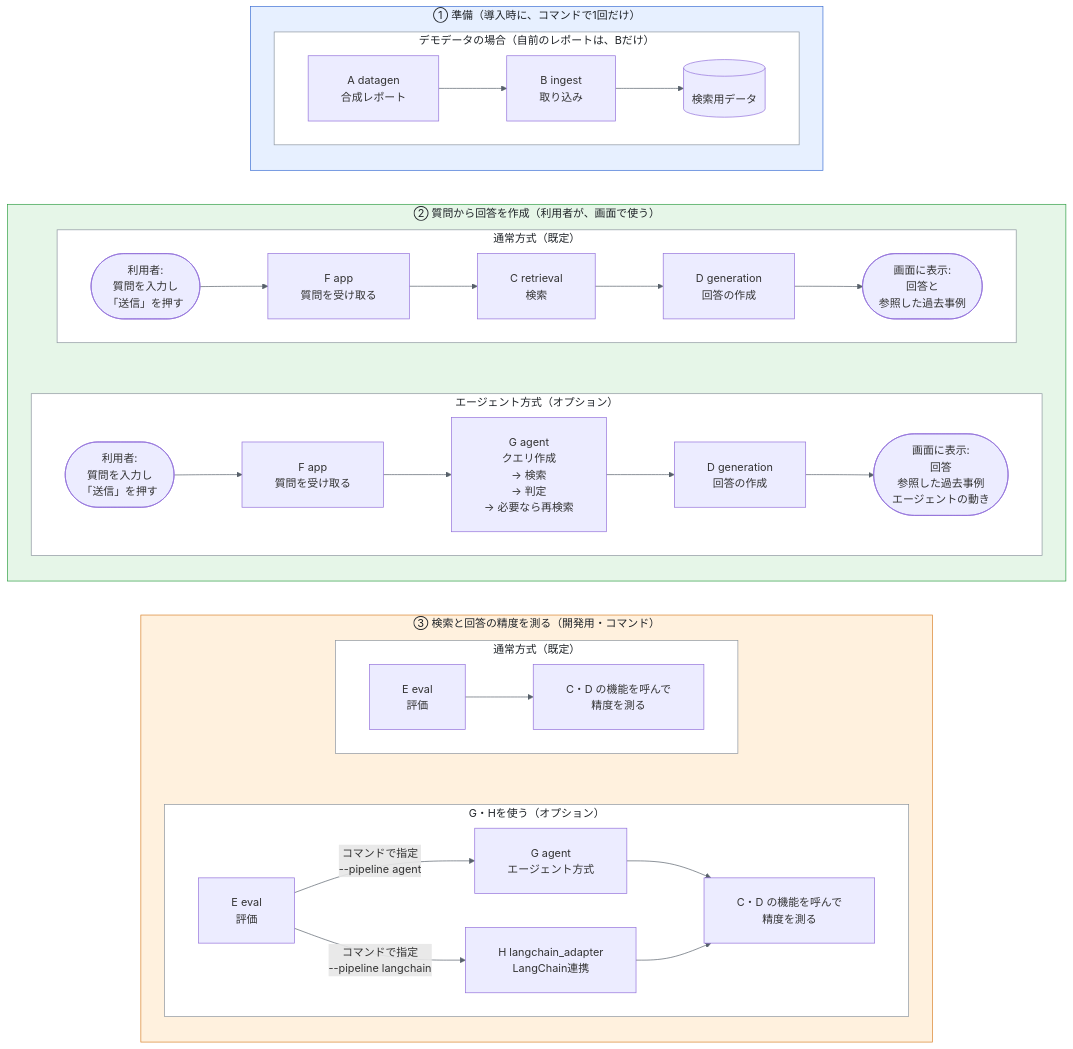
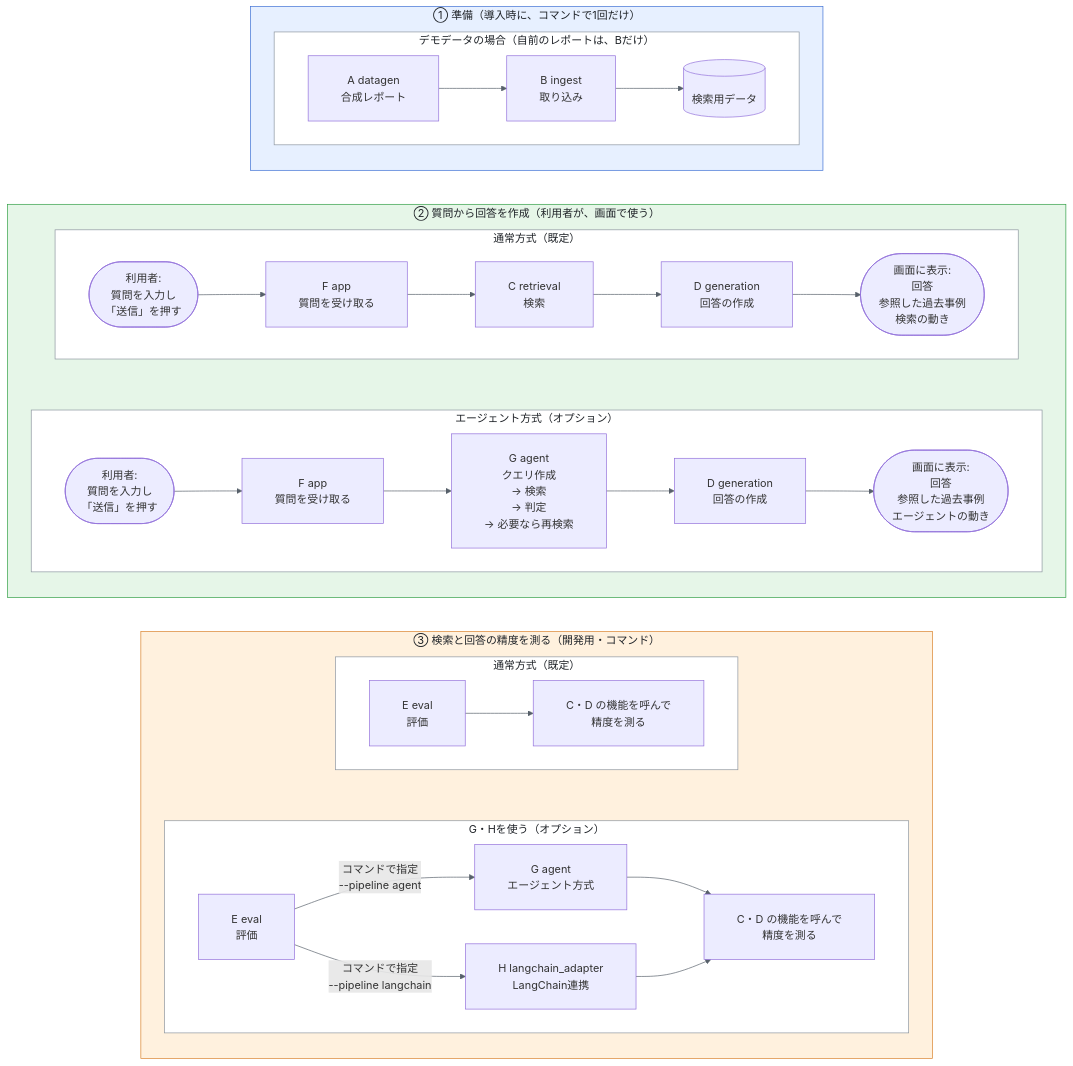
The diagram in README_ja.md (satoshi-abe-dev/silo-rag), drawn with Mermaid before and after one commit. The commit also changed other lines of this file and 6 other files, not shown here.

````diff
--- a/README_ja.md
+++ b/README_ja.md
@@ -166,46 +167,46 @@
 ```mermaid
 %%{init: {"flowchart": {"padding": 24, "wrappingWidth": 400}, "themeVariables": {"lineColor": "#57606a"}}}%%
 graph TB
     subgraph g1["① 準備（導入時に、コマンドで1回だけ）"]
         direction TB
         subgraph prep["デモデータの場合（自前のレポートは、Bだけ）"]
             direction LR
             A["A datagen<br/>合成レポート"] --> B["B ingest<br/>取り込み"] --> DB[("検索用データ")]
         end
     end
     subgraph g2["② 質問から回答を作成（利用者が、画面で使う）"]
         direction TB
         subgraph plain["通常方式（既定）"]
             direction LR
-            U1(["利用者:<br/>質問を入力し<br/>「送信」を押す"]) --> F1["F app<br/>質問を受け取る"] --> C1["C retrieval<br/>検索"] --> D1["D generation<br/>回答の作成"] --> R1(["画面に表示:<br/>回答と<br/>参照した過去事例"])
+            U1(["利用者:<br/>質問を入力し<br/>「送信」を押す"]) --> F1["F app<br/>質問を受け取る"] --> C1["C retrieval<br/>検索"] --> D1["D generation<br/>回答の作成"] --> R1(["画面に表示:<br/>回答<br/>参照した過去事例<br/>検索の動き"])
         end
         subgraph agent["エージェント方式（オプション）"]
             direction LR
             U2(["利用者:<br/>質問を入力し<br/>「送信」を押す"]) --> F2["F app<br/>質問を受け取る"] --> G["G agent<br/>クエリ作成<br/>→ 検索<br/>→ 判定<br/>→ 必要なら再検索"] --> D2["D generation<br/>回答の作成"] --> R2(["画面に表示:<br/>回答<br/>参照した過去事例<br/>エージェントの動き"])
         end
         plain ~~~ agent
     end
     subgraph g3["③ 検索と回答の精度を測る（開発用・コマンド）"]
         direction TB
         subgraph ev["通常方式（既定）"]
             direction LR
             E1["E eval<br/>評価"] --> CD1["C・D の機能を呼んで<br/>精度を測る"]
         end
         subgraph ev2["G・Hを使う（オプション）"]
             direction LR
             E2["E eval<br/>評価"] -->|"コマンドで指定<br/>--pipeline agent"| G2["G agent<br/>エージェント方式"] --> CD2["C・D の機能を呼んで<br/>精度を測る"]
             E2 -->|"コマンドで指定<br/>--pipeline langchain"| H["H langchain_adapter<br/>LangChain連携"] --> CD2
         end
         ev ~~~ ev2
     end
     g1 ~~~ g2
     g2 ~~~ g3
     style g1 fill:#e7f0ff,stroke:#3b6fd4,color:#1f2328
     style g2 fill:#e6f6e8,stroke:#2f9e44,color:#1f2328
     style g3 fill:#fff1de,stroke:#d9822b,color:#1f2328
     style prep fill:#ffffff,stroke:#8c959f,color:#1f2328
     style plain fill:#ffffff,stroke:#8c959f,color:#1f2328
     style agent fill:#ffffff,stroke:#8c959f,color:#1f2328
     style ev fill:#ffffff,stroke:#8c959f,color:#1f2328
     style ev2 fill:#ffffff,stroke:#8c959f,color:#1f2328
 ```
````
